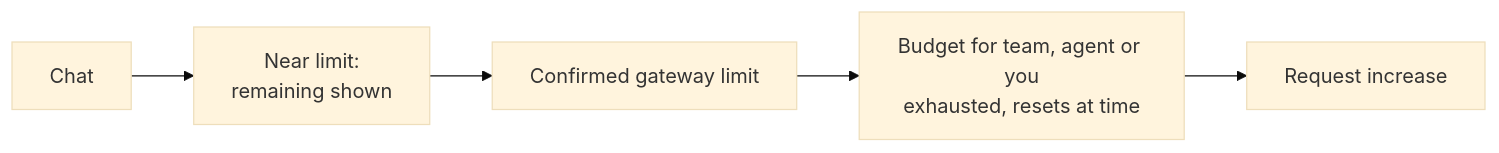
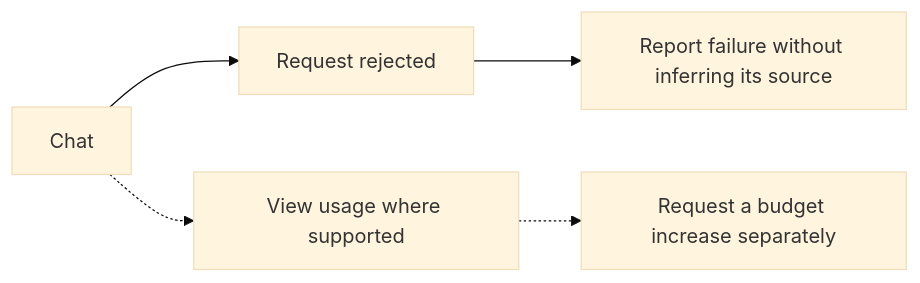
The fourth of 5 diagrams in docs/docs/specs/2026-10-10-byo-llm-gateway-budgets-quotas/spec.md (caipe-io/ai-platform-engineering), drawn with Mermaid (base theme) before and after one commit. The commit also changed other lines of this file and 9 other files, not shown here.

````diff
--- a/docs/docs/specs/2026-10-10-byo-llm-gateway-budgets-quotas/spec.md
+++ b/docs/docs/specs/2026-10-10-byo-llm-gateway-budgets-quotas/spec.md
@@ -144,4 +144,6 @@
 ```mermaid
 flowchart LR
-  a["Chat"] --> b["Near limit:<br/>remaining shown"] --> c["Confirmed gateway limit"] --> d["Budget for team, agent or you<br/>exhausted, resets at time"] --> e["Request increase"]
+  a["Chat"] --> b["Request rejected"] --> c["Report failure without inferring its source"]
+  a -.-> d["View usage where supported"]
+  d -.-> e["Request a budget increase separately"]
 ```
````
